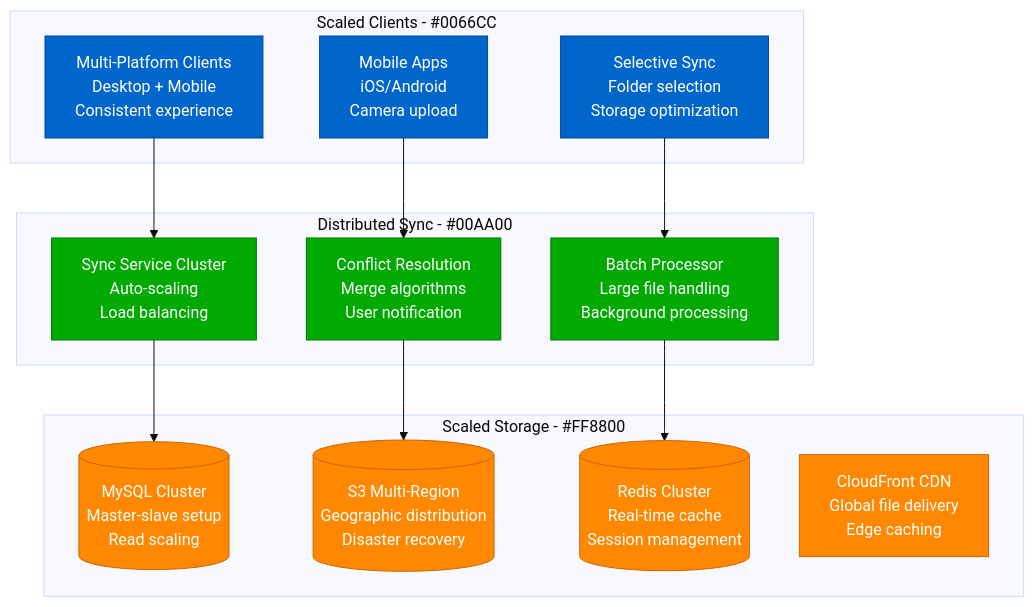
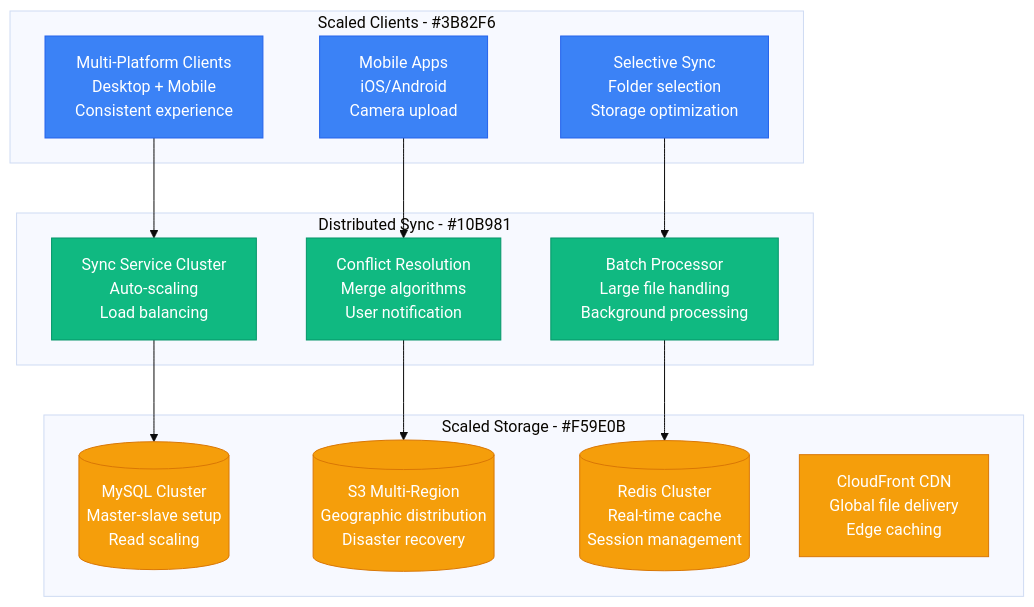
One commit to deepaucksharma/DS changed the second of 3 diagrams in site/docs/scaling/dropbox-scale-evolution.md. Above: the diagram before and after it, drawn with Mermaid (base theme). The commit also changed other lines of this file and 187 other files, not shown here.

````diff
--- a/site/docs/scaling/dropbox-scale-evolution.md
+++ b/site/docs/scaling/dropbox-scale-evolution.md
@@ -66,36 +66,36 @@
 ```mermaid
 graph TB
-    subgraph ScaledClients[Scaled Clients - #0066CC]
+    subgraph ScaledClients[Scaled Clients - #3B82F6]
         MULTI_PLATFORM[Multi-Platform Clients<br/>Desktop + Mobile<br/>Consistent experience]
         MOBILE_APPS[Mobile Apps<br/>iOS/Android<br/>Camera upload]
         SELECTIVE_SYNC[Selective Sync<br/>Folder selection<br/>Storage optimization]
     end
 
-    subgraph DistributedSync[Distributed Sync - #00AA00]
+    subgraph DistributedSync[Distributed Sync - #10B981]
         SYNC_CLUSTER[Sync Service Cluster<br/>Auto-scaling<br/>Load balancing]
         CONFLICT_RESOLUTION[Conflict Resolution<br/>Merge algorithms<br/>User notification]
         BATCH_PROCESSOR[Batch Processor<br/>Large file handling<br/>Background processing]
     end
 
-    subgraph ScaledStorage[Scaled Storage - #FF8800]
+    subgraph ScaledStorage[Scaled Storage - #F59E0B]
         MYSQL_CLUSTER[(MySQL Cluster<br/>Master-slave setup<br/>Read scaling)]
         S3_MULTI_REGION[(S3 Multi-Region<br/>Geographic distribution<br/>Disaster recovery)]
         REDIS_CLUSTER[(Redis Cluster<br/>Real-time cache<br/>Session management)]
         CDN[CloudFront CDN<br/>Global file delivery<br/>Edge caching]
     end
 
     MULTI_PLATFORM --> SYNC_CLUSTER
     MOBILE_APPS --> CONFLICT_RESOLUTION
     SELECTIVE_SYNC --> BATCH_PROCESSOR
     SYNC_CLUSTER --> MYSQL_CLUSTER
     CONFLICT_RESOLUTION --> S3_MULTI_REGION
     BATCH_PROCESSOR --> REDIS_CLUSTER
 
-    classDef clientStyle fill:#0066CC,stroke:#004499,color:#fff
-    classDef syncStyle fill:#00AA00,stroke:#007700,color:#fff
-    classDef storageStyle fill:#FF8800,stroke:#CC6600,color:#fff
+    classDef clientStyle fill:#3B82F6,stroke:#2563EB,color:#fff
+    classDef syncStyle fill:#10B981,stroke:#059669,color:#fff
+    classDef storageStyle fill:#F59E0B,stroke:#D97706,color:#fff
 
     class MULTI_PLATFORM,MOBILE_APPS,SELECTIVE_SYNC clientStyle
     class SYNC_CLUSTER,CONFLICT_RESOLUTION,BATCH_PROCESSOR syncStyle
     class MYSQL_CLUSTER,S3_MULTI_REGION,REDIS_CLUSTER,CDN storageStyle
 ```
````
